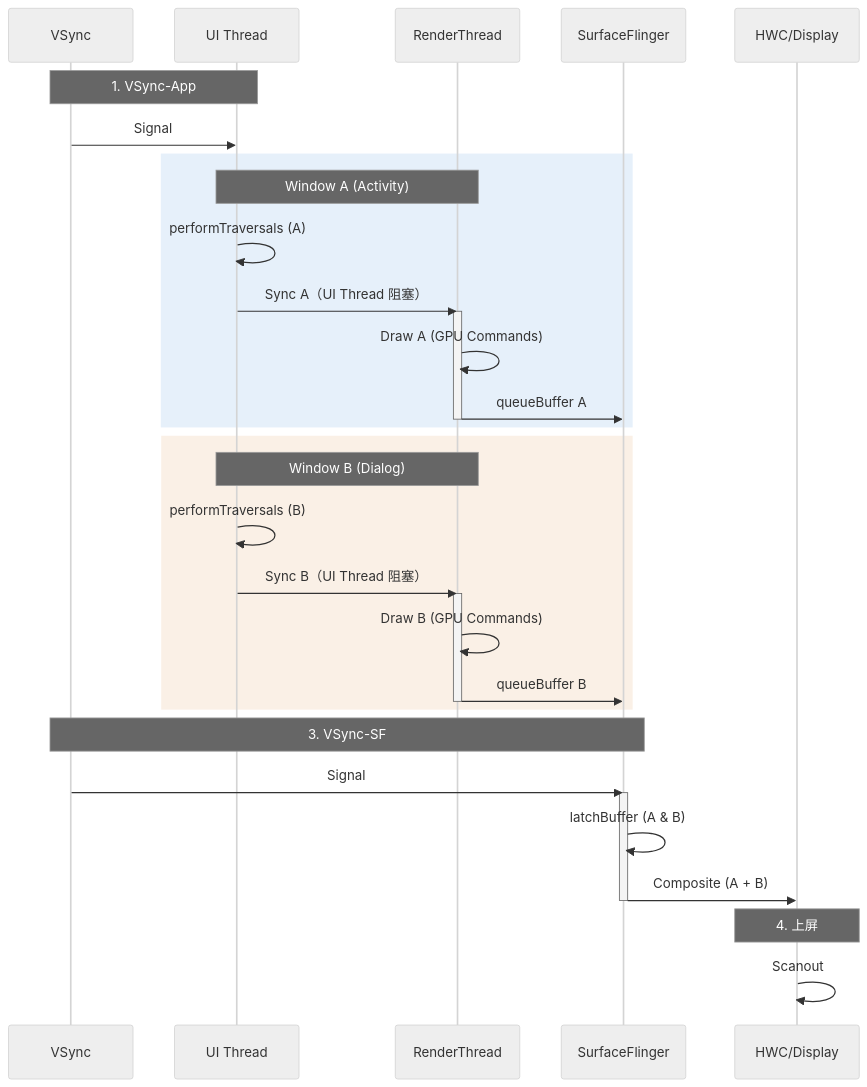
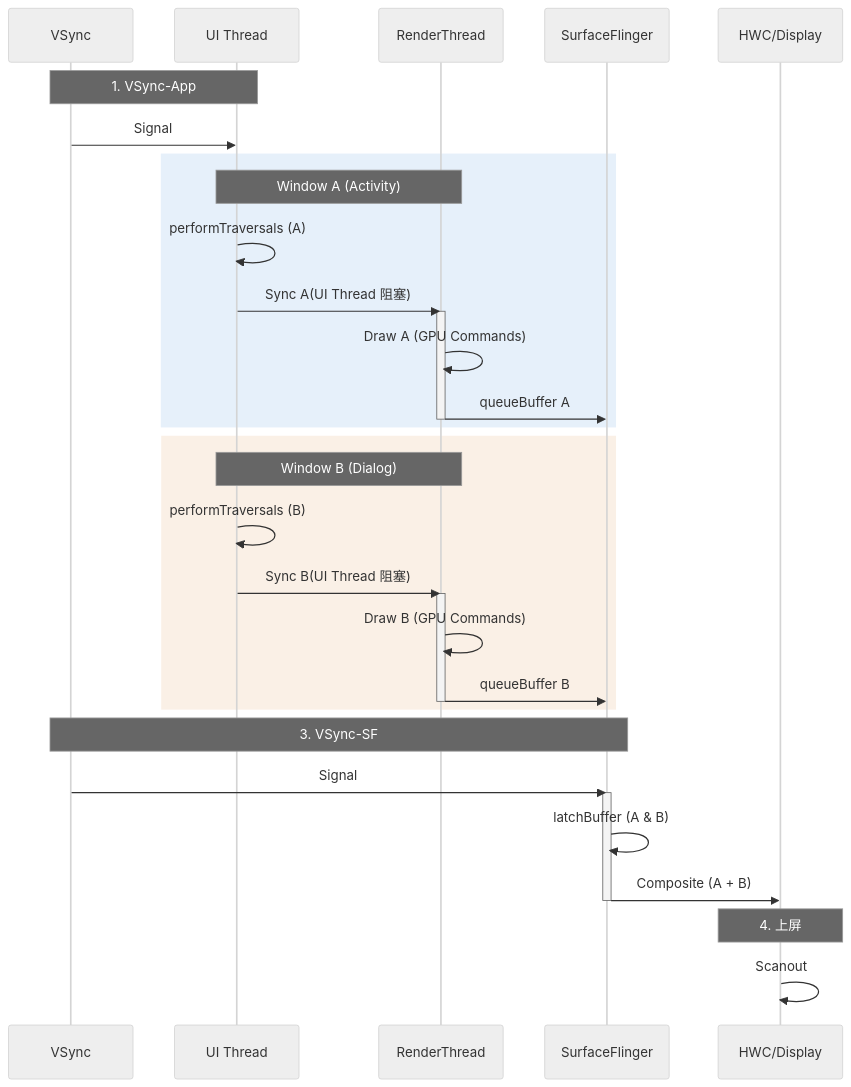
The second of 2 diagrams in src/part2-performance/ch18-rendering-pipelines/05-android-view-multi-window.md (Gracker/android-internals-wiki), drawn with Mermaid (neutral theme) before and after one commit. The commit also changed other lines of this file and 2 other files, not shown here.

````diff
--- a/src/part2-performance/ch18-rendering-pipelines/05-android-view-multi-window.md
+++ b/src/part2-performance/ch18-rendering-pipelines/05-android-view-multi-window.md
@@ -188,41 +205,41 @@
 ```mermaid
 sequenceDiagram
     participant HW as VSync
     participant UI as UI Thread
     participant RT as RenderThread
     participant SF as SurfaceFlinger
     participant HWC as HWC/Display
 
     Note over HW, UI: 1. VSync-App
     HW->>UI: Signal
 
     rect rgb(230, 240, 250)
         Note over UI, RT: Window A (Activity)
         UI->>UI: performTraversals (A)
-        UI->>RT: Sync A（UI Thread 阻塞）
+        UI->>RT: Sync A(UI Thread 阻塞)
         activate RT
         RT->>RT: Draw A (GPU Commands)
         RT->>SF: queueBuffer A
         deactivate RT
     end
 
     rect rgb(250, 240, 230)
         Note over UI, RT: Window B (Dialog)
         UI->>UI: performTraversals (B)
-        UI->>RT: Sync B（UI Thread 阻塞）
+        UI->>RT: Sync B(UI Thread 阻塞)
         activate RT
         RT->>RT: Draw B (GPU Commands)
         RT->>SF: queueBuffer B
         deactivate RT
     end
 
     Note over HW, SF: 3. VSync-SF
     HW->>SF: Signal
     activate SF
     SF->>SF: latchBuffer (A & B)
     SF->>HWC: Composite (A + B)
     deactivate SF
-    
+
     Note over HWC: 4. 上屏
     HWC->>HWC: Scanout
 ```
````
